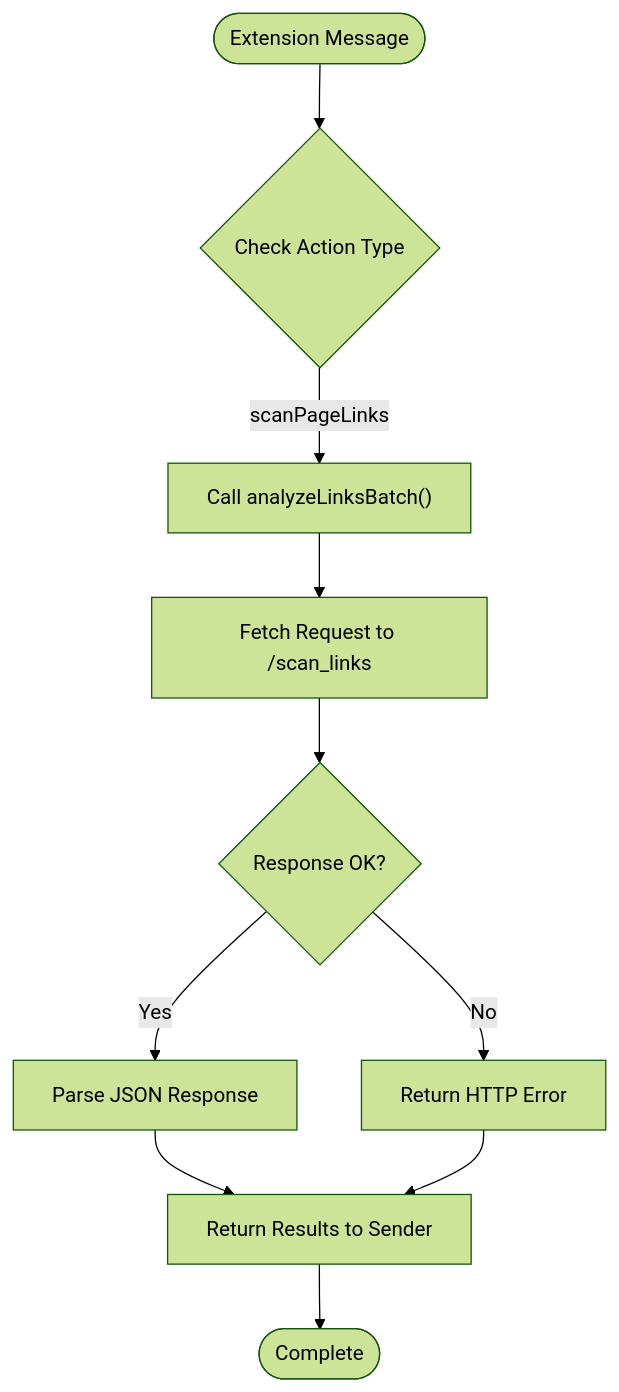
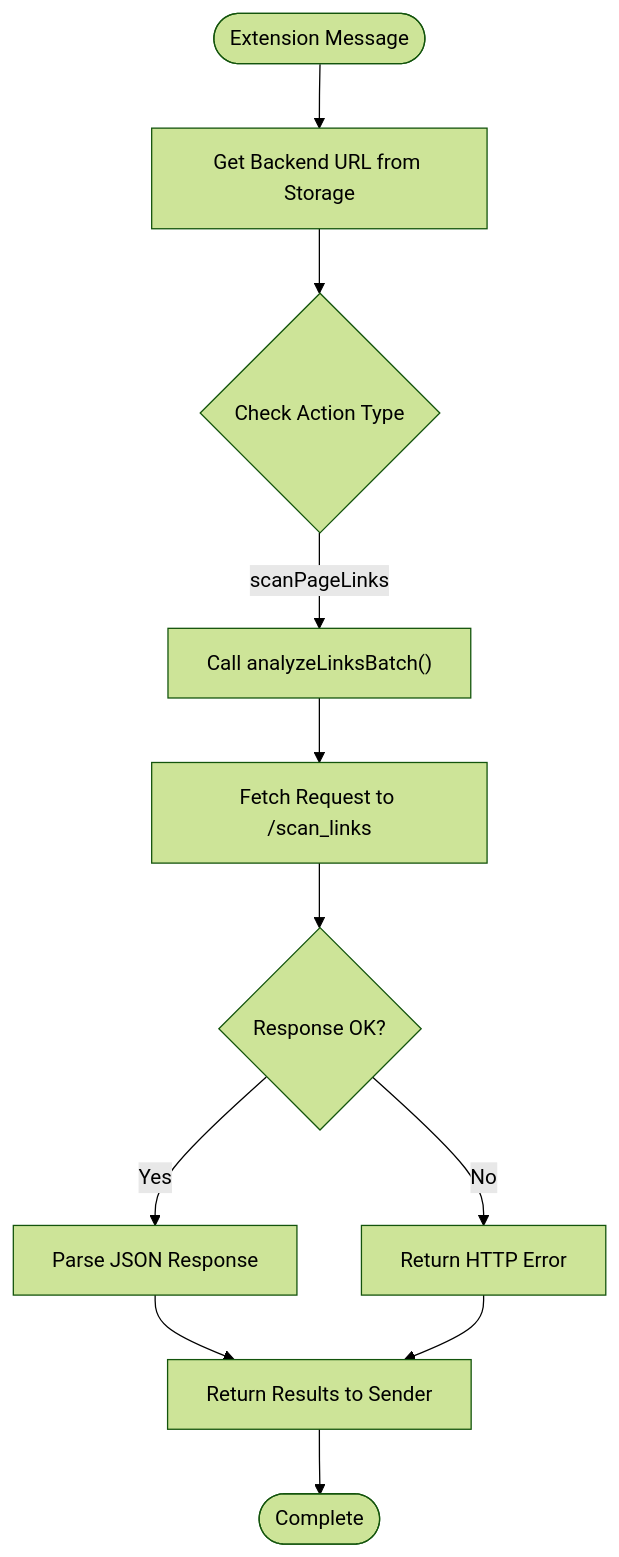
Before and after one commit to Aymanaahh/scrollguard-ai: the third of 7 diagrams in .qoder/repowiki/en/content/Chrome Extension Development.md, drawn with Mermaid (forest theme). The commit also changed other lines of this file and 34 other files, not shown here.

````diff
--- a/.qoder/repowiki/en/content/Chrome Extension Development.md
+++ b/.qoder/repowiki/en/content/Chrome Extension Development.md
@@ -188,12 +214,13 @@
 ```mermaid
 flowchart TD
-Start(["Extension Message"]) --> CheckAction{"Check Action Type"}
+Start(["Extension Message"]) --> GetURL["Get Backend URL from Storage"]
+GetURL --> CheckAction{"Check Action Type"}
 CheckAction --> |scanPageLinks| Analyze["Call analyzeLinksBatch()"]
 Analyze --> Fetch["Fetch Request to /scan_links"]
 Fetch --> Response{"Response OK?"}
 Response --> |Yes| Parse["Parse JSON Response"]
 Response --> |No| Error["Return HTTP Error"]
 Parse --> Return["Return Results to Sender"]
 Error --> Return
 Return --> End(["Complete"])
 ```
````
